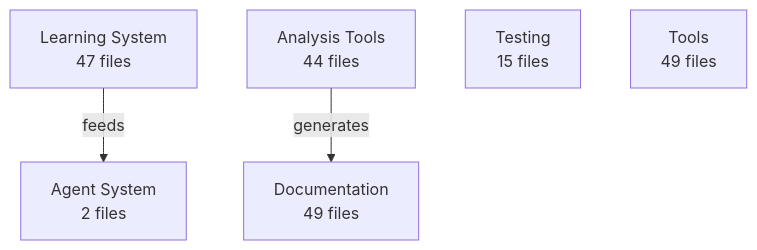
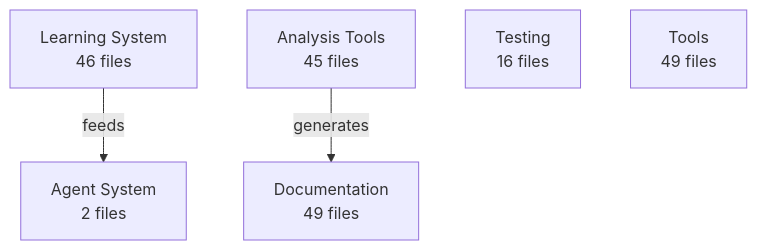
One commit to enufacas/Chained changed the diagram in analysis/architecture/architecture.mmd. Above: the diagram before and after it, drawn with Mermaid. The commit also changed 6 other files, not shown here.

First line of the commit message:
🏗️ Update architecture evolution tracking

```diff
--- a/analysis/architecture/architecture.mmd
+++ b/analysis/architecture/architecture.mmd
@@ -1,9 +1,9 @@
 graph TD
-    learning_system[Learning System<br/>47 files]
+    learning_system[Learning System<br/>46 files]
     agent_system[Agent System<br/>2 files]
-    analysis_tools[Analysis Tools<br/>44 files]
+    analysis_tools[Analysis Tools<br/>45 files]
     documentation[Documentation<br/>49 files]
-    testing[Testing<br/>15 files]
+    testing[Testing<br/>16 files]
     tools[Tools<br/>49 files]
     learning_system -->|feeds| agent_system
     analysis_tools -->|generates| documentation
```
